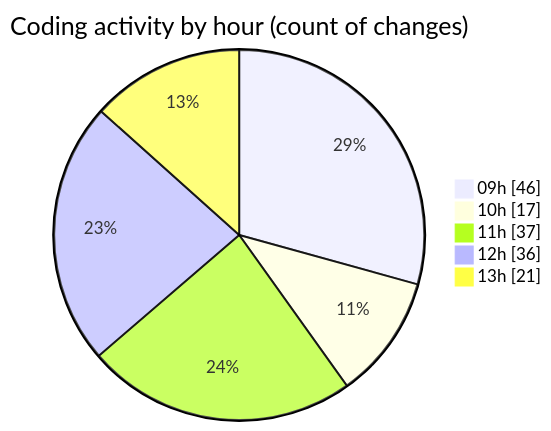
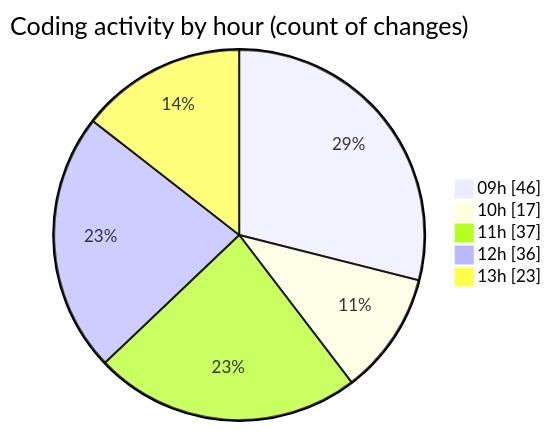
Before and after one commit to momahboobian/code-tracking: the second of 2 diagrams in 2025-03-25/cda/README.md, drawn with Mermaid. The commit also changed other lines of this file and 1 other file, not shown here.

````diff
--- a/2025-03-25/cda/README.md
+++ b/2025-03-25/cda/README.md
@@ -51,9 +51,9 @@
 ```mermaid
 pie showData
 title Coding activity by hour (count of changes)
 "09h" : 46
 "10h" : 17
 "11h" : 37
 "12h" : 36
-"13h" : 21
+"13h" : 23
 ```
````
